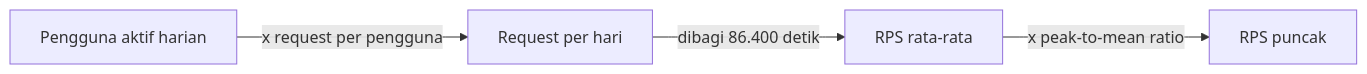
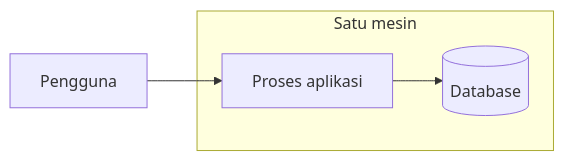
Before and after one commit to Alfthrpy/sdlab: the diagram in content/concepts/app-plus-database/lesson.md, drawn with Mermaid. The commit also changed other lines of this file and 4 other files, not shown here.

````diff
--- a/content/concepts/app-plus-database/lesson.md
+++ b/content/concepts/app-plus-database/lesson.md
@@ -17,6 +15,7 @@
 ```mermaid
 flowchart LR
-    U[Pengguna aktif harian] -->|x request per pengguna| D[Request per hari]
-    D -->|dibagi 86.400 detik| A[RPS rata-rata]
-    A -->|x peak-to-mean ratio| P[RPS puncak]
+    P[Pengguna] --> A
+    subgraph M[Satu mesin]
+        A[Proses aplikasi] --> D[(Database)]
+    end
 ```
````
